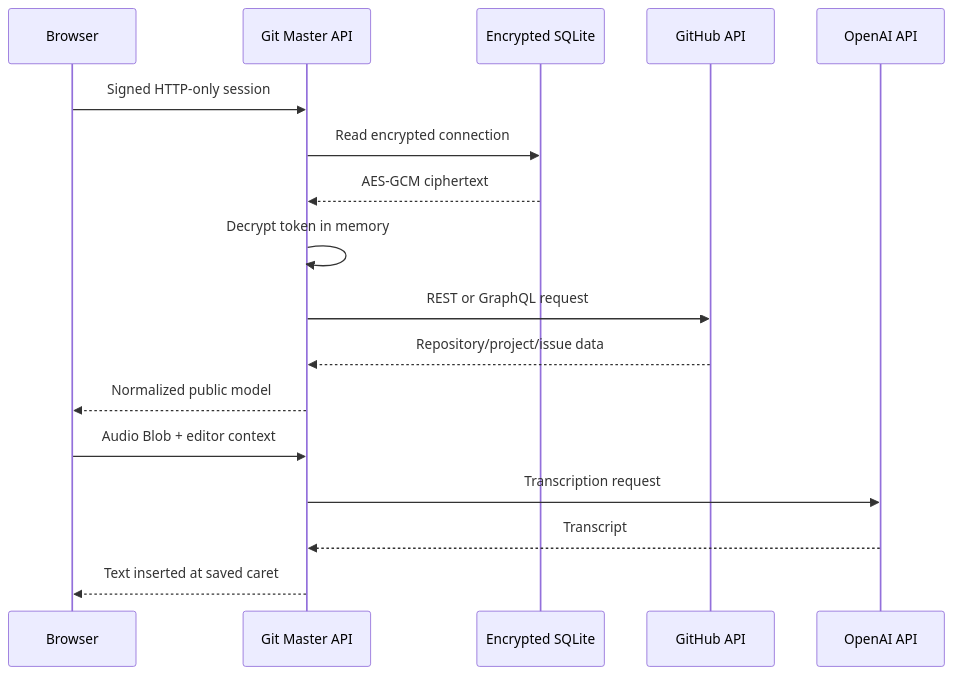
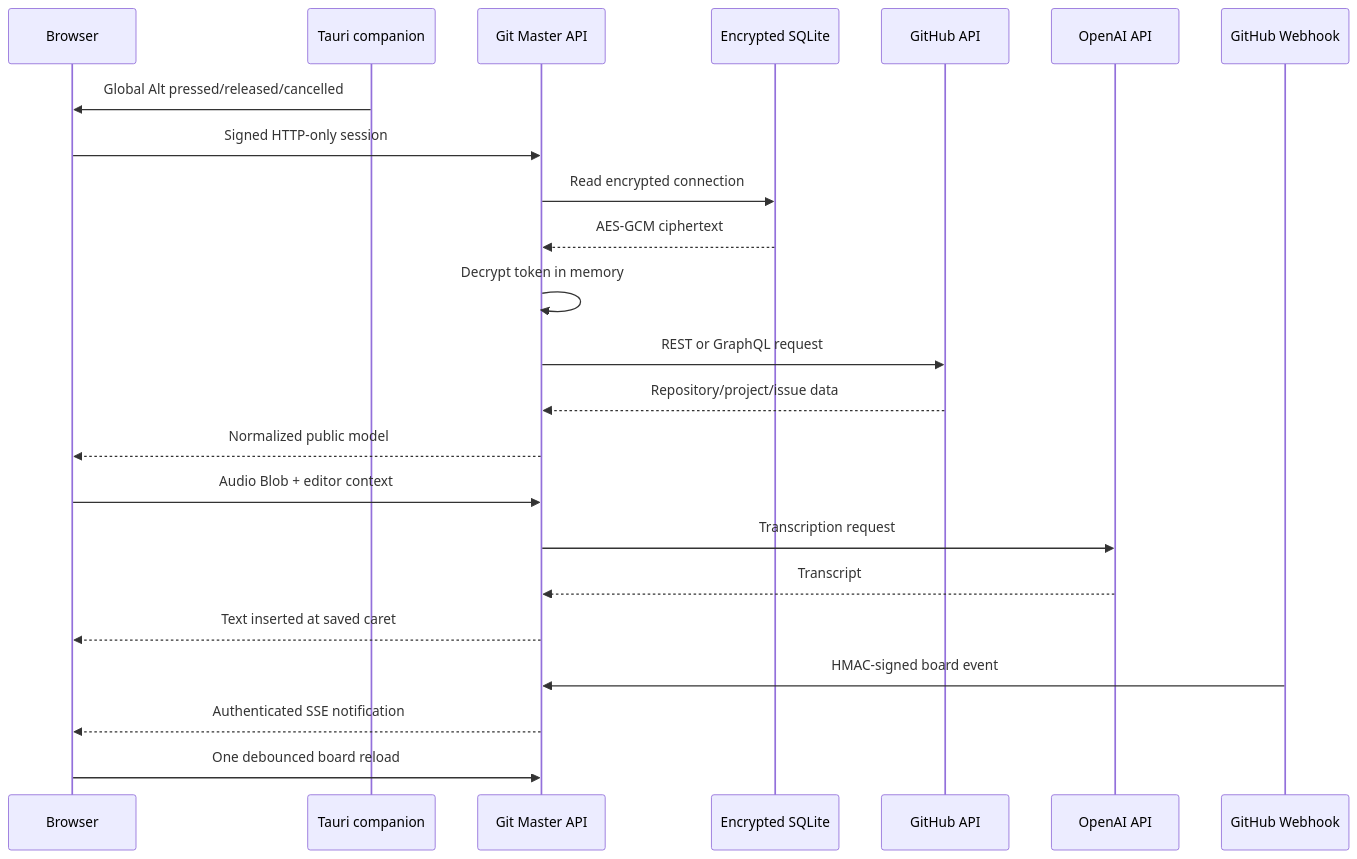
One commit to AgencyAI-one/GIT_Master changed the diagram in docs/ARCHITECTURE.md. Above: the diagram before and after it, drawn with Mermaid. The commit also changed other lines of this file and 99 other files, not shown here.

````diff
--- a/docs/ARCHITECTURE.md
+++ b/docs/ARCHITECTURE.md
@@ -7,20 +7,26 @@
 ```mermaid
 sequenceDiagram
   participant U as Browser
+  participant T as Tauri companion
   participant A as Git Master API
   participant D as Encrypted SQLite
   participant G as GitHub API
   participant O as OpenAI API
+  participant W as GitHub Webhook
 
+  T->>U: Global Alt pressed/released/cancelled
   U->>A: Signed HTTP-only session
   A->>D: Read encrypted connection
   D-->>A: AES-GCM ciphertext
   A->>A: Decrypt token in memory
   A->>G: REST or GraphQL request
   G-->>A: Repository/project/issue data
   A-->>U: Normalized public model
   U->>A: Audio Blob + editor context
   A->>O: Transcription request
   O-->>A: Transcript
   A-->>U: Text inserted at saved caret
+  W->>A: HMAC-signed board event
+  A-->>U: Authenticated SSE notification
+  U->>A: One debounced board reload
 ```
````
